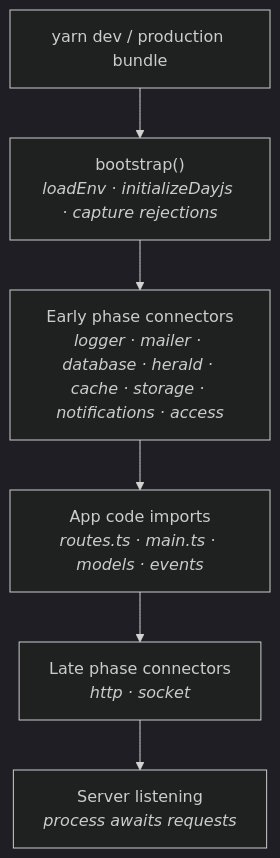
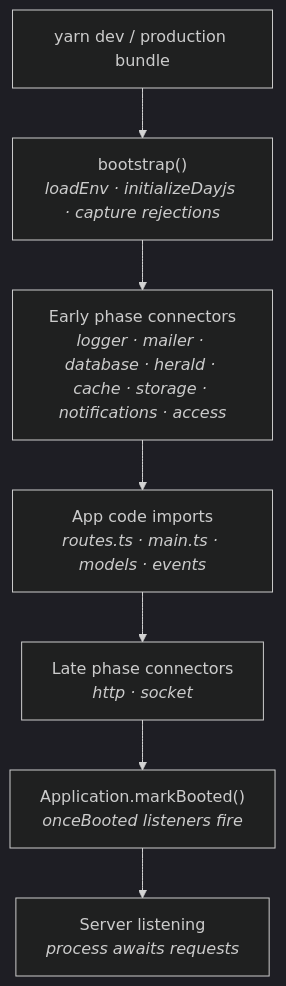
One commit to warlockjs/documentation changed the first of 2 diagrams in src/content/docs/v/latest/core/architecture-concepts/bootstrap-and-connectors.md. Above: the diagram before and after it, drawn with Mermaid (dark theme). The commit also changed other lines of this file and 51 other files, not shown here.

````diff
--- a/src/content/docs/v/latest/core/architecture-concepts/bootstrap-and-connectors.md
+++ b/src/content/docs/v/latest/core/architecture-concepts/bootstrap-and-connectors.md
@@ -15,15 +15,17 @@
 ```mermaid
 flowchart TD
     cli["yarn dev / production bundle"]
     boot["bootstrap()<br/><i>loadEnv · initializeDayjs · capture rejections</i>"]
     early["Early phase connectors<br/><i>logger · mailer · database · herald · cache · storage · notifications · access</i>"]
     appcode["App code imports<br/><i>routes.ts · main.ts · models · events</i>"]
     late["Late phase connectors<br/><i>http · socket</i>"]
+    booted["Application.markBooted()<br/><i>onceBooted listeners fire</i>"]
     listening["Server listening<br/><i>process awaits requests</i>"]
 
     cli --> boot
     boot --> early
     early --> appcode
     appcode --> late
-    late --> listening
+    late --> booted
+    booted --> listening
 ```
````
